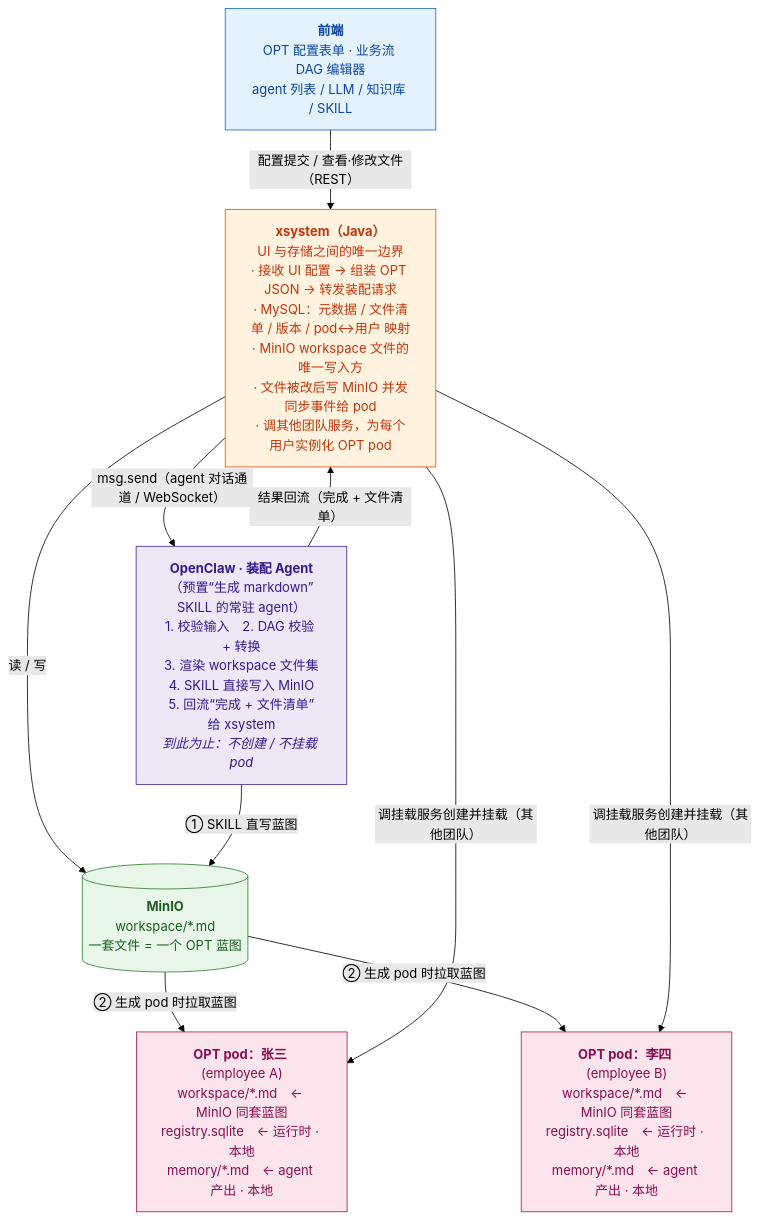
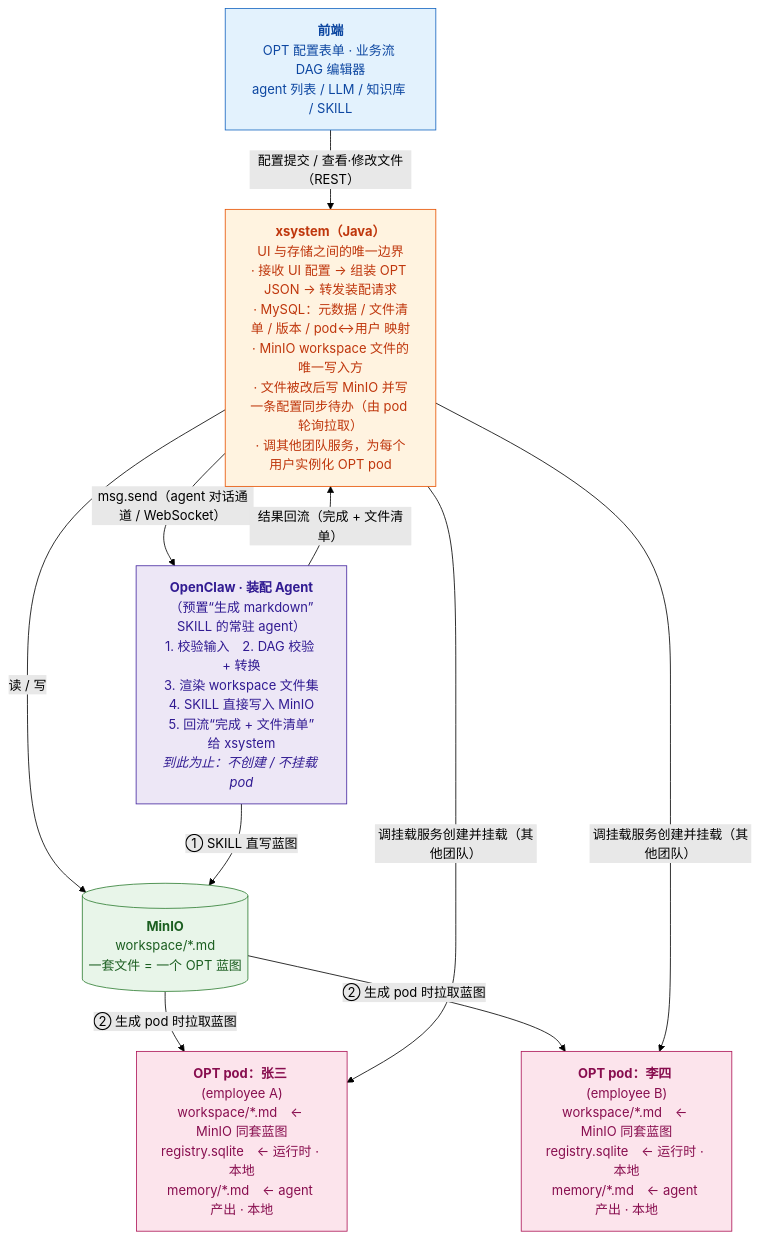
One commit to williamxww/openclaw changed the diagram in adoc/自动装配.md. Above: the diagram before and after it, drawn with Mermaid (forest theme). The commit also changed other lines of this file, not shown here.

````diff
--- a/adoc/自动装配.md
+++ b/adoc/自动装配.md
@@ -18,35 +18,35 @@
 ```mermaid
 flowchart TB
     FE["<b>前端</b><br/>OPT 配置表单 · 业务流 DAG 编辑器<br/>agent 列表 / LLM / 知识库 / SKILL"]
 
-    XS["<b>xsystem（Java）</b><br/>UI 与存储之间的唯一边界<br/>· 接收 UI 配置 → 组装 OPT JSON → 转发装配请求<br/>· MySQL：元数据 / 文件清单 / 版本 / pod↔用户 映射<br/>· MinIO workspace 文件的唯一写入方<br/>· 文件被改后写 MinIO 并发同步事件给 pod<br/>· 调其他团队服务，为每个用户实例化 OPT pod"]
+    XS["<b>xsystem（Java）</b><br/>UI 与存储之间的唯一边界<br/>· 接收 UI 配置 → 组装 OPT JSON → 转发装配请求<br/>· MySQL：元数据 / 文件清单 / 版本 / pod↔用户 映射<br/>· MinIO workspace 文件的唯一写入方<br/>· 文件被改后写 MinIO 并写一条配置同步待办（由 pod 轮询拉取）<br/>· 调其他团队服务，为每个用户实例化 OPT pod"]
 
     AA["<b>OpenClaw · 装配 Agent</b>（预置“生成 markdown”SKILL 的常驻 agent）<br/>1. 校验输入　2. DAG 校验 + 转换<br/>3. 渲染 workspace 文件集<br/>4. SKILL 直接写入 MinIO<br/>5. 回流“完成 + 文件清单”给 xsystem<br/><i>到此为止：不创建 / 不挂载 pod</i>"]
 
     MO[("<b>MinIO</b><br/>workspace/*.md<br/>一套文件 = 一个 OPT 蓝图")]
 
     P1["<b>OPT pod：张三</b> (employee A)<br/>workspace/*.md　← MinIO 同套蓝图<br/>registry.sqlite　← 运行时 · 本地<br/>memory/*.md　← agent 产出 · 本地"]
     P2["<b>OPT pod：李四</b> (employee B)<br/>workspace/*.md　← MinIO 同套蓝图<br/>registry.sqlite　← 运行时 · 本地<br/>memory/*.md　← agent 产出 · 本地"]
 
     FE -->|"配置提交 / 查看·修改文件（REST）"| XS
     XS -->|"msg.send（agent 对话通道 / WebSocket）"| AA
     AA -->|"结果回流（完成 + 文件清单）"| XS
     XS -->|"读 / 写"| MO
     AA -->|"① SKILL 直写蓝图"| MO
     MO -->|"② 生成 pod 时拉取蓝图"| P1
     MO -->|"② 生成 pod 时拉取蓝图"| P2
     XS -->|"调挂载服务创建并挂载（其他团队）"| P1
     XS -->|"调挂载服务创建并挂载（其他团队）"| P2
 
     classDef fe fill:#e3f2fd,stroke:#1565c0,stroke-width:1px,color:#0d47a1;
     classDef xs fill:#fff3e0,stroke:#e65100,stroke-width:1px,color:#bf360c;
     classDef aa fill:#ede7f6,stroke:#4527a0,stroke-width:1px,color:#311b92;
     classDef mo fill:#e8f5e9,stroke:#2e7d32,stroke-width:1px,color:#1b5e20;
     classDef pod fill:#fce4ec,stroke:#ad1457,stroke-width:1px,color:#880e4f;
 
     class FE fe;
     class XS xs;
     class AA aa;
     class MO mo;
     class P1,P2 pod;
 ```
````
